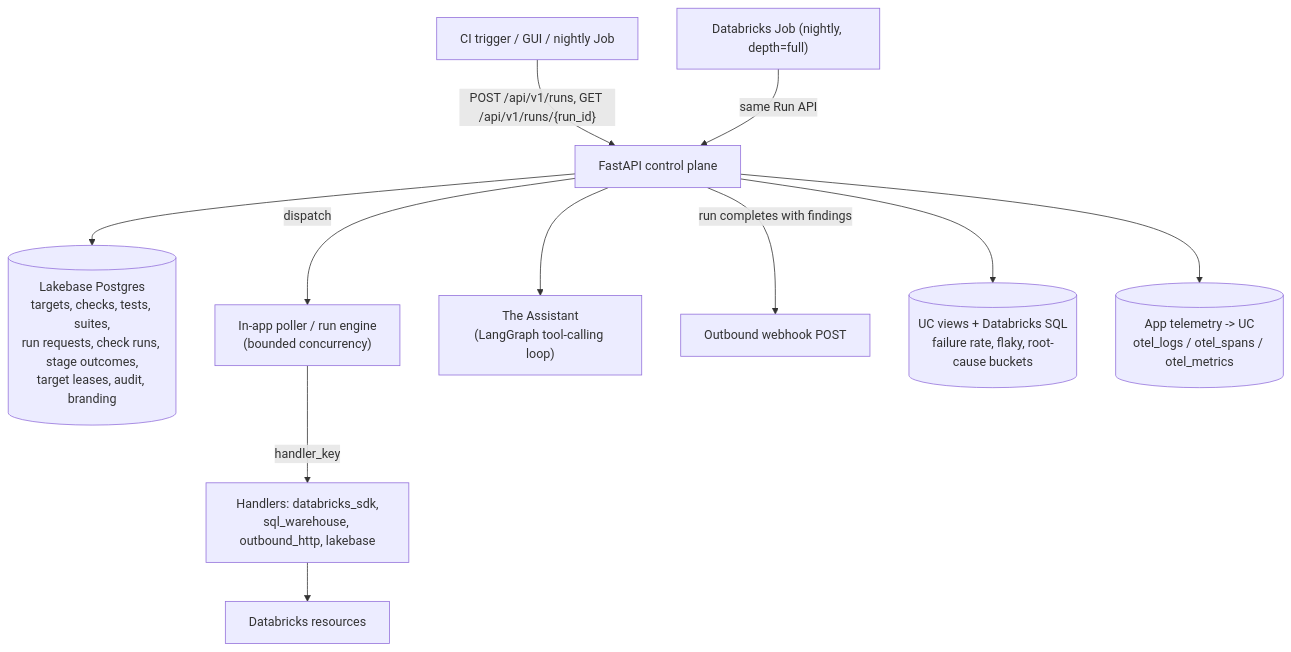
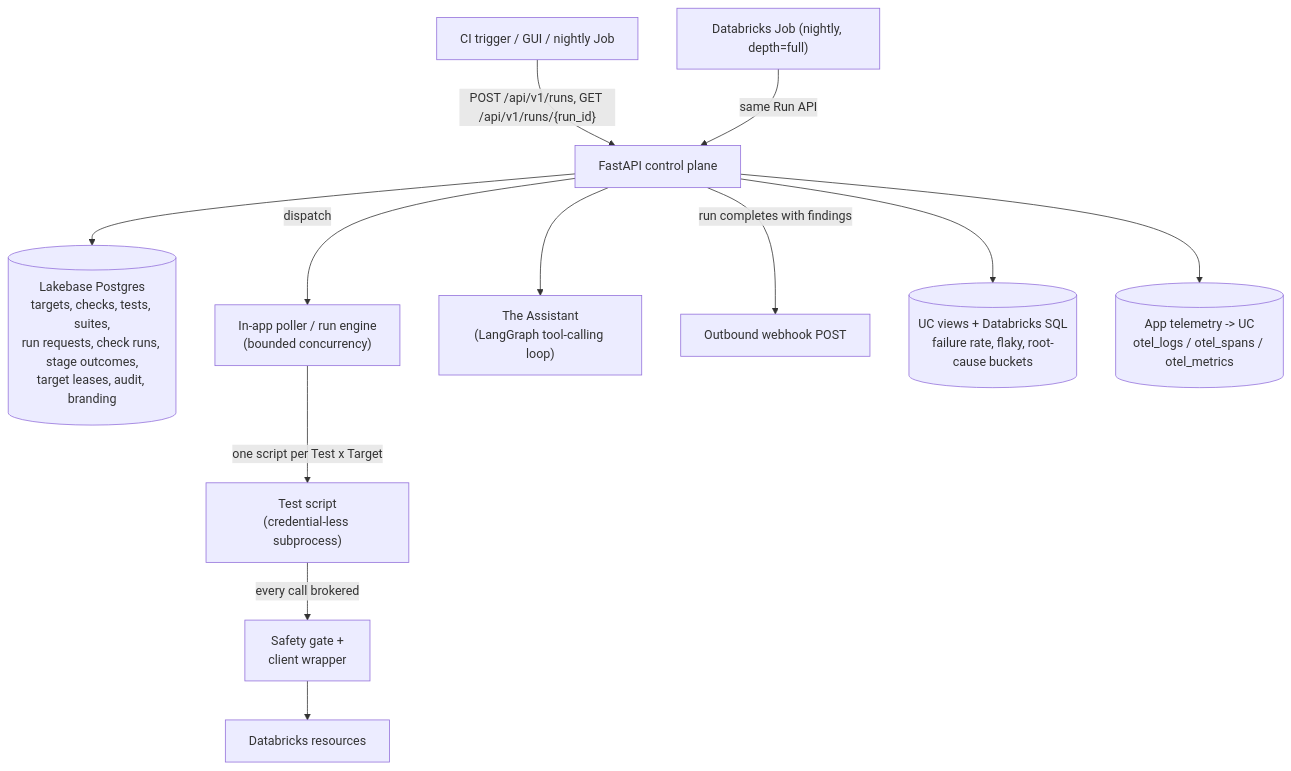
One commit to TaylorAHanson/infrastructure-test-suite changed the diagram in docs/architecture.md. Above: the diagram before and after it, drawn with Mermaid. The commit also changed other lines of this file and 123 other files, not shown here.

````diff
--- a/docs/architecture.md
+++ b/docs/architecture.md
@@ -19,13 +19,14 @@
 ```mermaid
 flowchart TD
   caller["CI trigger / GUI / nightly Job"] -->|"POST /api/v1/runs, GET /api/v1/runs/{run_id}"| api["FastAPI control plane"]
   api --> lakebase[("Lakebase Postgres\ntargets, checks, tests, suites,\nrun requests, check runs, stage outcomes,\ntarget leases, audit, branding")]
   api -->|dispatch| poller["In-app poller / run engine\n(bounded concurrency)"]
-  poller -->|"handler_key"| handlers["Handlers: databricks_sdk,\nsql_warehouse, outbound_http, lakebase"]
-  handlers --> dbx["Databricks resources"]
+  poller -->|"one script per Test x Target"| sandbox["Test script\n(credential-less subprocess)"]
+  sandbox -->|"every call brokered"| gate["Safety gate +\nclient wrapper"]
+  gate --> dbx["Databricks resources"]
   job["Databricks Job (nightly, depth=full)"] -->|same Run API| api
   api --> assistant["The Assistant\n(LangGraph tool-calling loop)"]
   api -->|"run completes with findings"| webhook["Outbound webhook POST"]
   api --> ucviews[("UC views + Databricks SQL\nfailure rate, flaky, root-cause buckets")]
   api --> otel[("App telemetry -> UC\notel_logs / otel_spans / otel_metrics")]
 ```
````
